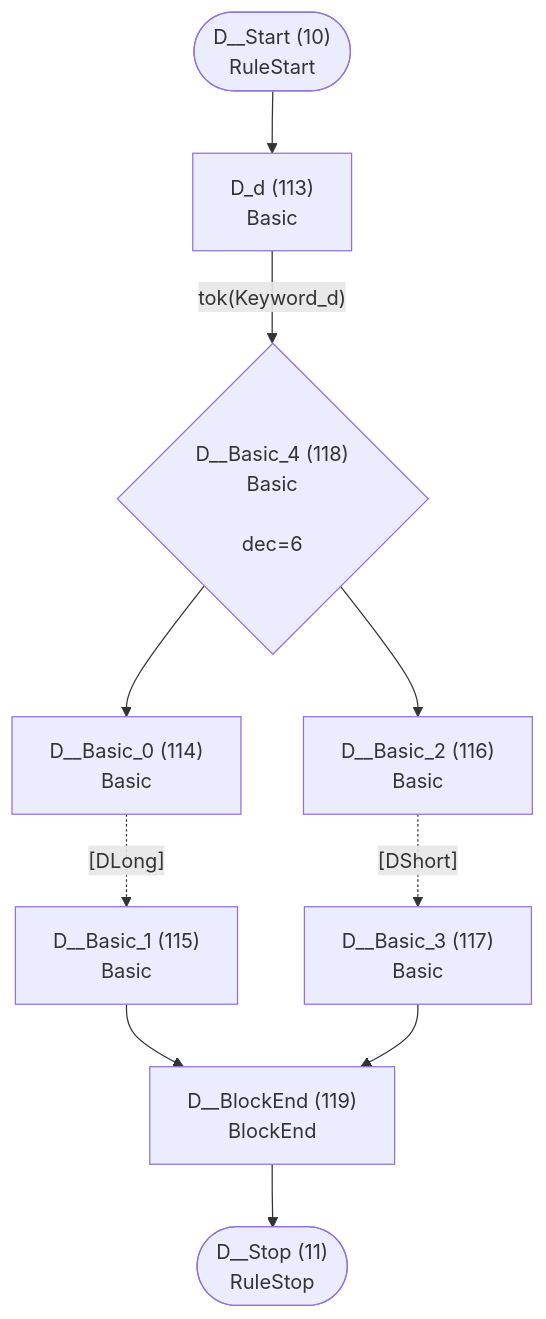
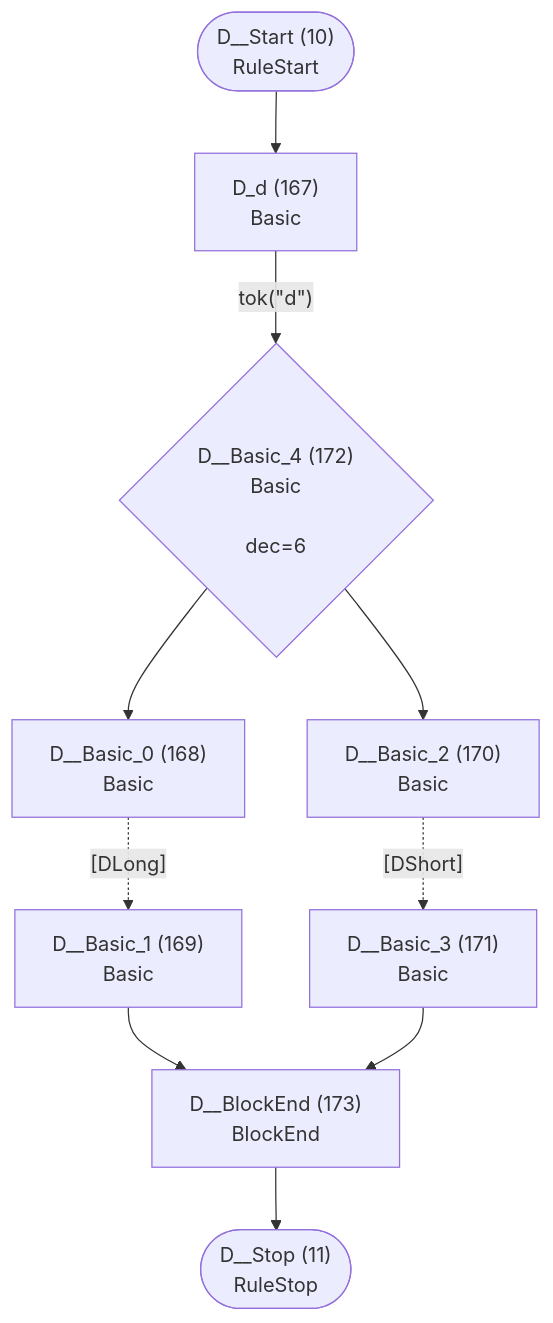
One commit to TypeFox/fastbelt changed the sixth of 41 diagrams in internal/languages/completion/atn.md. Above: the diagram before and after it, drawn with Mermaid. The commit also changed other lines of this file and 36 other files, not shown here.

````diff
--- a/internal/languages/completion/atn.md
+++ b/internal/languages/completion/atn.md
@@ -209,22 +254,22 @@
 ```mermaid
 flowchart TD
     q10(["D__Start (10)<br/>RuleStart"])
     q11(["D__Stop (11)<br/>RuleStop"])
-    q113["D_d (113)<br/>Basic<br/>"]
-    q114["D__Basic_0 (114)<br/>Basic<br/>"]
-    q115["D__Basic_1 (115)<br/>Basic<br/>"]
-    q116["D__Basic_2 (116)<br/>Basic<br/>"]
-    q117["D__Basic_3 (117)<br/>Basic<br/>"]
-    q118{"D__Basic_4 (118)<br/>Basic<br/><br/>dec=6"}
-    q119["D__BlockEnd (119)<br/>BlockEnd<br/>"]
+    q167["D_d (167)<br/>Basic<br/>"]
+    q168["D__Basic_0 (168)<br/>Basic<br/>"]
+    q169["D__Basic_1 (169)<br/>Basic<br/>"]
+    q170["D__Basic_2 (170)<br/>Basic<br/>"]
+    q171["D__Basic_3 (171)<br/>Basic<br/>"]
+    q172{"D__Basic_4 (172)<br/>Basic<br/><br/>dec=6"}
+    q173["D__BlockEnd (173)<br/>BlockEnd<br/>"]
 
-    q10 --> q113
-    q113 -->|"tok(Keyword_d)"| q118
-    q114 -.->|"[DLong]"| q115
-    q115 --> q119
-    q116 -.->|"[DShort]"| q117
-    q117 --> q119
-    q118 --> q114
-    q118 --> q116
-    q119 --> q11
+    q10 --> q167
+    q167 -->|"tok(&quot;d&quot;)"| q172
+    q168 -.->|"[DLong]"| q169
+    q169 --> q173
+    q170 -.->|"[DShort]"| q171
+    q171 --> q173
+    q172 --> q168
+    q172 --> q170
+    q173 --> q11
 ```
````
